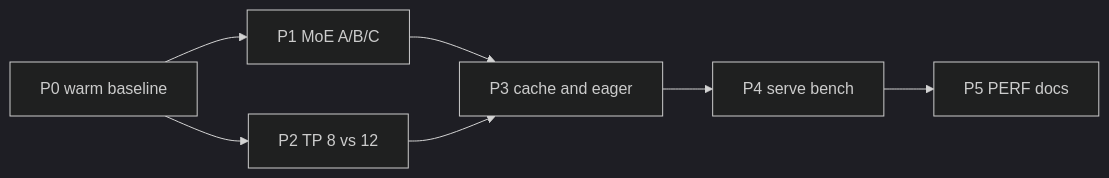
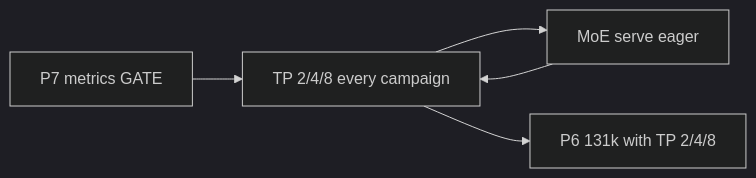
One commit to williamyxl/alcf-aurora-llm changed the diagram in build-vllm-xpu/PERF_PLAN.md. Above: the diagram before and after it, drawn with Mermaid (dark theme). The commit also changed other lines of this file and 30 other files, not shown here.

First line of the commit message:
Add perf harness, P7 metrics wiring, and pause/resume docs.

````diff
--- a/build-vllm-xpu/PERF_PLAN.md
+++ b/build-vllm-xpu/PERF_PLAN.md
@@ -148,9 +197,7 @@
 ```mermaid
 flowchart LR
-  P0[P0 warm baseline] --> P1[P1 MoE A/B/C]
-  P0 --> P2[P2 TP 8 vs 12]
-  P1 --> P3[P3 cache and eager]
-  P2 --> P3
-  P3 --> P4[P4 serve bench]
-  P4 --> P5[P5 PERF docs]
+  P7[P7 metrics GATE] --> Scale[TP 2/4/8 every campaign]
+  Scale --> Opt[MoE serve eager]
+  Opt --> Scale
+  Scale --> P6[P6 131k with TP 2/4/8]
 ```
````
